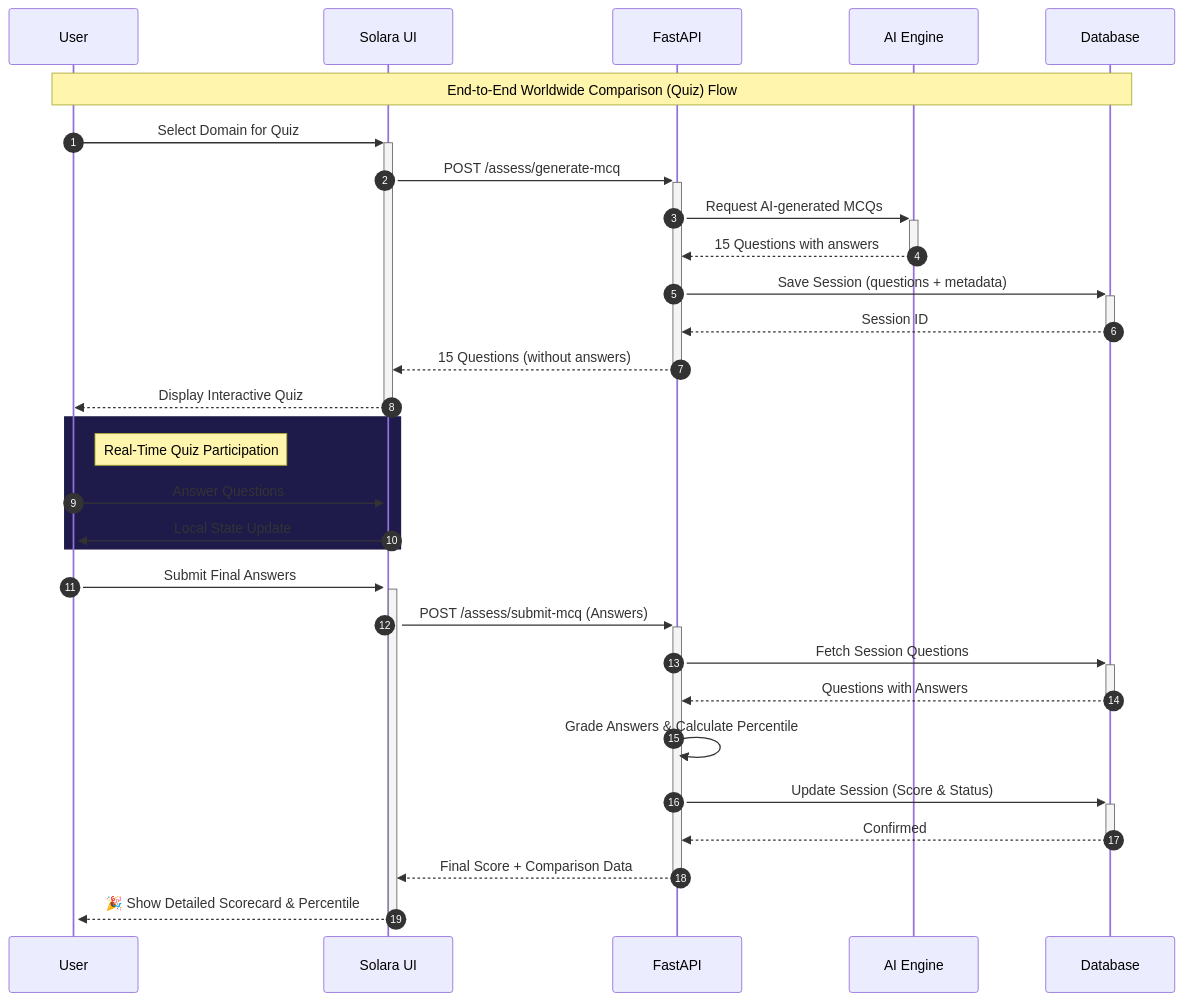
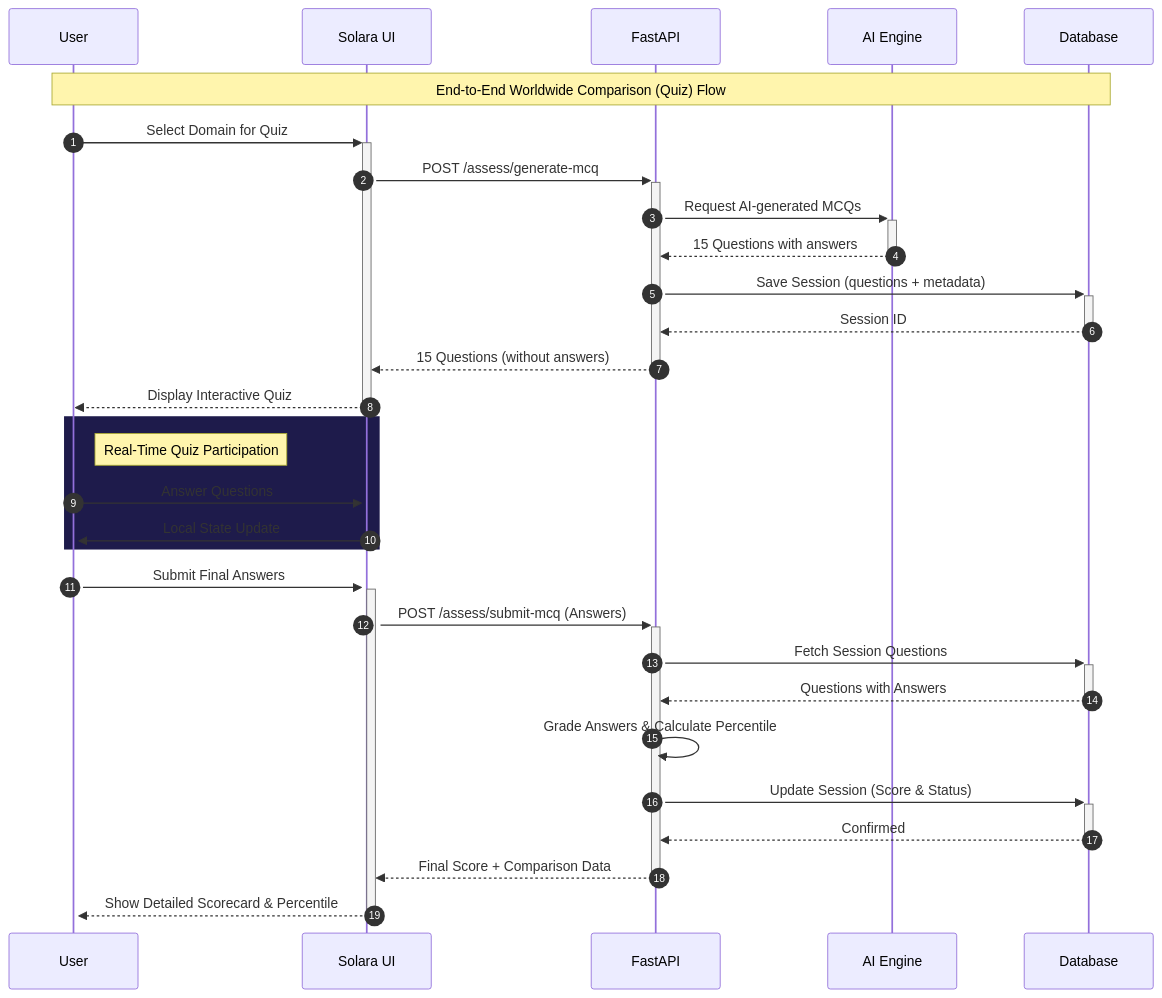
Before and after one commit to keshavmishra27/BlueprintAI: the second of 2 diagrams in README.md, drawn with Mermaid. The commit also changed other lines of this file and 20 other files, not shown here.

````diff
--- a/README.md
+++ b/README.md
@@ -52,32 +52,32 @@
 ```mermaid
 sequenceDiagram
     autonumber
     participant U as  User
     participant S as  Solara UI
     participant F as  FastAPI
     participant A as  AI Engine
     participant D as  Database
     Note over U,D:  End-to-End Worldwide Comparison (Quiz) Flow 
     U->>+S: Select Domain for Quiz
     S->>+F: POST /assess/generate-mcq
     F->>+A: Request AI-generated MCQs
     A-->>-F: 15 Questions with answers
     F->>+D: Save Session (questions + metadata)
     D-->>-F: Session ID
     F-->>-S: 15 Questions (without answers)
     S-->>-U: Display Interactive Quiz
     rect rgb(30, 27, 75)
         Note right of U: Real-Time Quiz Participation
         U->>+S: Answer Questions
         S->>+U: Local State Update
     end
     U->>+S: Submit Final Answers
     S->>+F: POST /assess/submit-mcq (Answers)
     F->>+D: Fetch Session Questions
     D-->>-F: Questions with Answers
     F->>F: Grade Answers & Calculate Percentile
     F->>+D: Update Session (Score & Status)
     D-->>-F: Confirmed
     F-->>-S: Final Score + Comparison Data
-    S-->>-U: 🎉 Show Detailed Scorecard & Percentile
+    S-->>-U: Show Detailed Scorecard & Percentile
 ```
````
